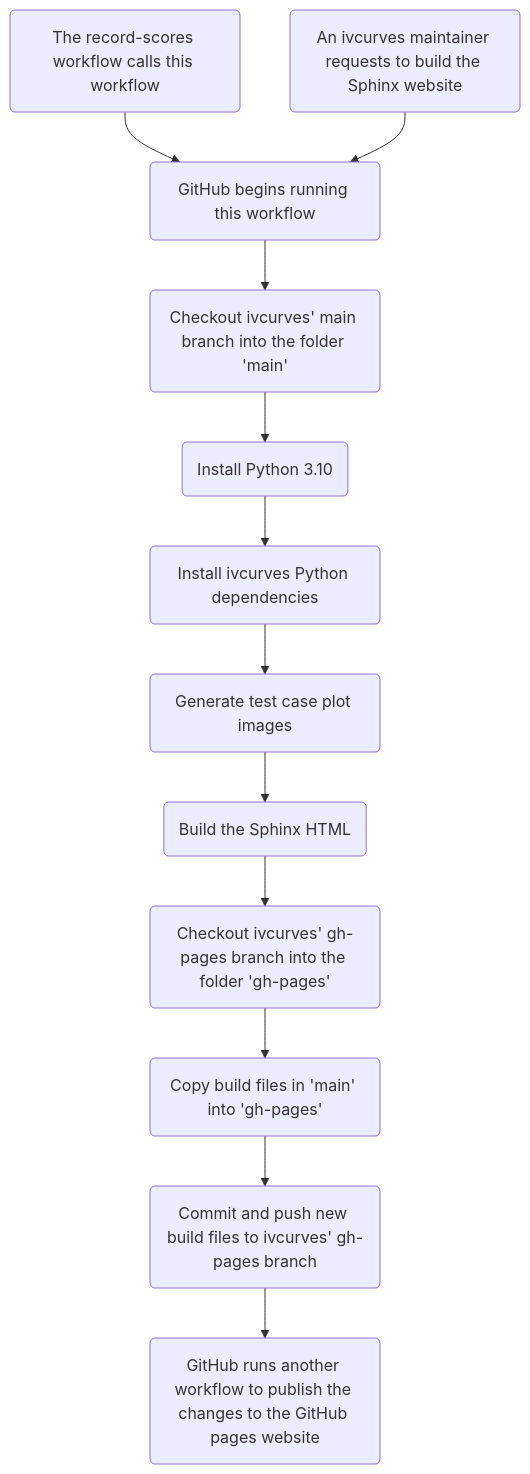
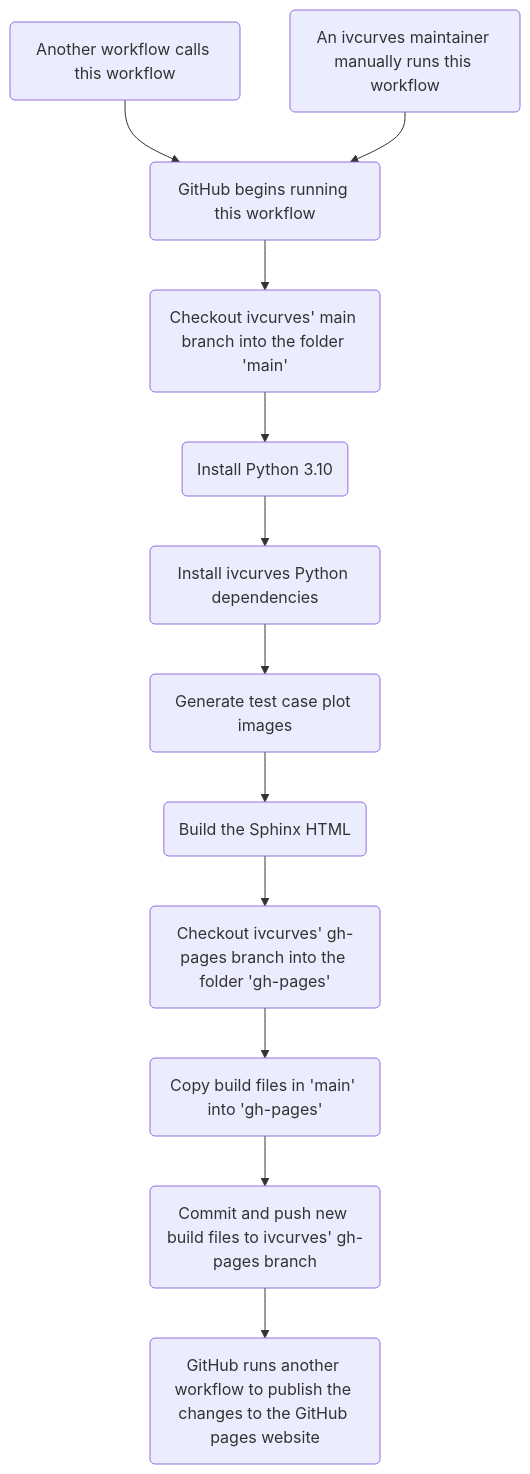
The diagram in docs/sphinx/source/reference/github_workflows/build_sphinx_docs.rst (uofutahcapstoneahjregistryteam/ivcurves), drawn with Mermaid before and after one commit. The commit also changed 5 other files, not shown here.

```diff
--- a/docs/sphinx/source/reference/github_workflows/build_sphinx_docs.rst
+++ b/docs/sphinx/source/reference/github_workflows/build_sphinx_docs.rst
@@ -4,20 +4,20 @@
 .. mermaid::
 
    flowchart
-   CalledByRecordScoresWorkflow(The record-scores workflow calls this workflow) --> StartWorkflow(GitHub begins running this workflow)
-   CalledByMaintainer(An ivcurves maintainer requests to build the Sphinx website) --> StartWorkflow
+   CalledByAnotherWorkflow(Another workflow calls this workflow) --> StartWorkflow(GitHub begins running this workflow)
+   CalledByMaintainer(An ivcurves maintainer manually runs this workflow) --> StartWorkflow
 
    StartWorkflow --> CheckoutMain(Checkout ivcurves' main branch into the folder 'main')
    CheckoutMain --> InstallPython310(Install Python 3.10)
    InstallPython310 --> InstallIVCurvesDependencies(Install ivcurves Python dependencies)
    InstallIVCurvesDependencies --> GenerateTestCasePlotImages(Generate test case plot images)
 
    GenerateTestCasePlotImages --> BuildSphinx(Build the Sphinx HTML)
 
    BuildSphinx --> CheckoutGHPages(Checkout ivcurves' gh-pages branch into the folder 'gh-pages')
 
    CheckoutGHPages --> CopyBuildFiles(Copy build files in 'main' into 'gh-pages')
 
    CopyBuildFiles --> CommitNewBuild(Commit and push new build files to ivcurves' gh-pages branch)
 
    CommitNewBuild --> PublishGHPages(GitHub runs another workflow to publish the changes to the GitHub pages website)
```
